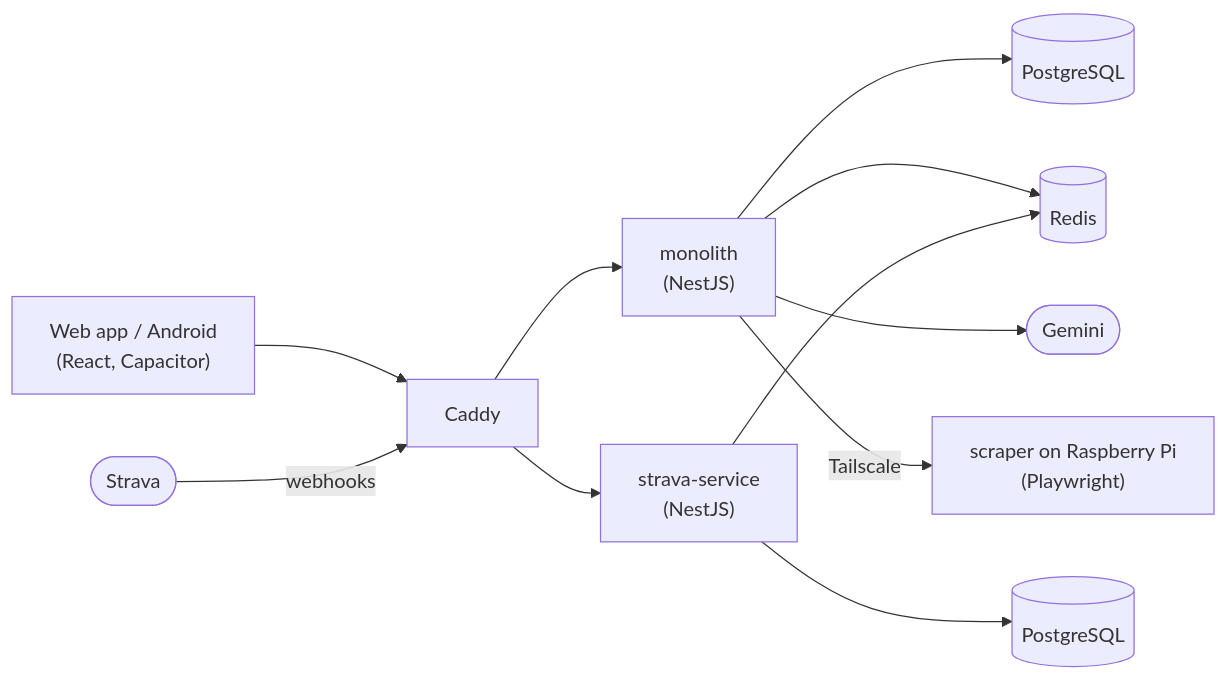
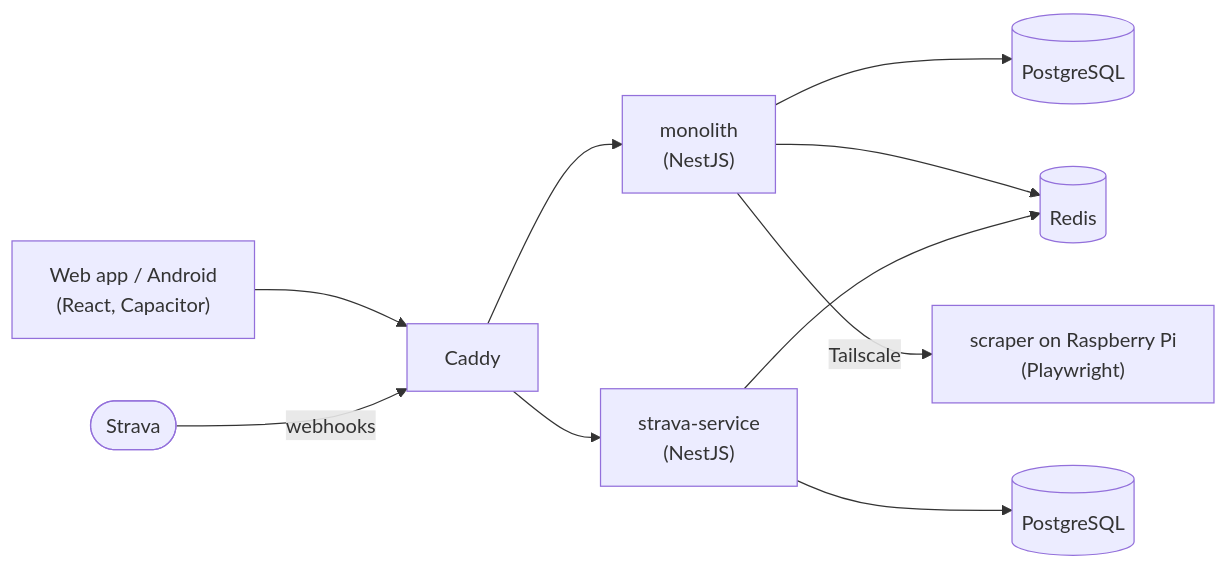
One commit to Jaffator/bikecheck-app changed the diagram in README.md. Above: the diagram before and after it, drawn with Mermaid. The commit also changed other lines of this file and 68 other files, not shown here.

````diff
--- a/README.md
+++ b/README.md
@@ -53,13 +52,12 @@
 ```mermaid
 flowchart LR
   app["Web app / Android<br/>(React, Capacitor)"] --> caddy["Caddy"]
   caddy --> monolith["monolith<br/>(NestJS)"]
   strava(["Strava"]) -- webhooks --> caddy
   caddy --> stravaSvc["strava-service<br/>(NestJS)"]
   monolith --> db1[("PostgreSQL")]
   monolith --> redis[("Redis")]
   stravaSvc --> db2[("PostgreSQL")]
   stravaSvc --> redis
-  monolith --> gemini(["Gemini"])
   monolith -- Tailscale --> scraper["scraper on Raspberry Pi<br/>(Playwright)"]
 ```
````
